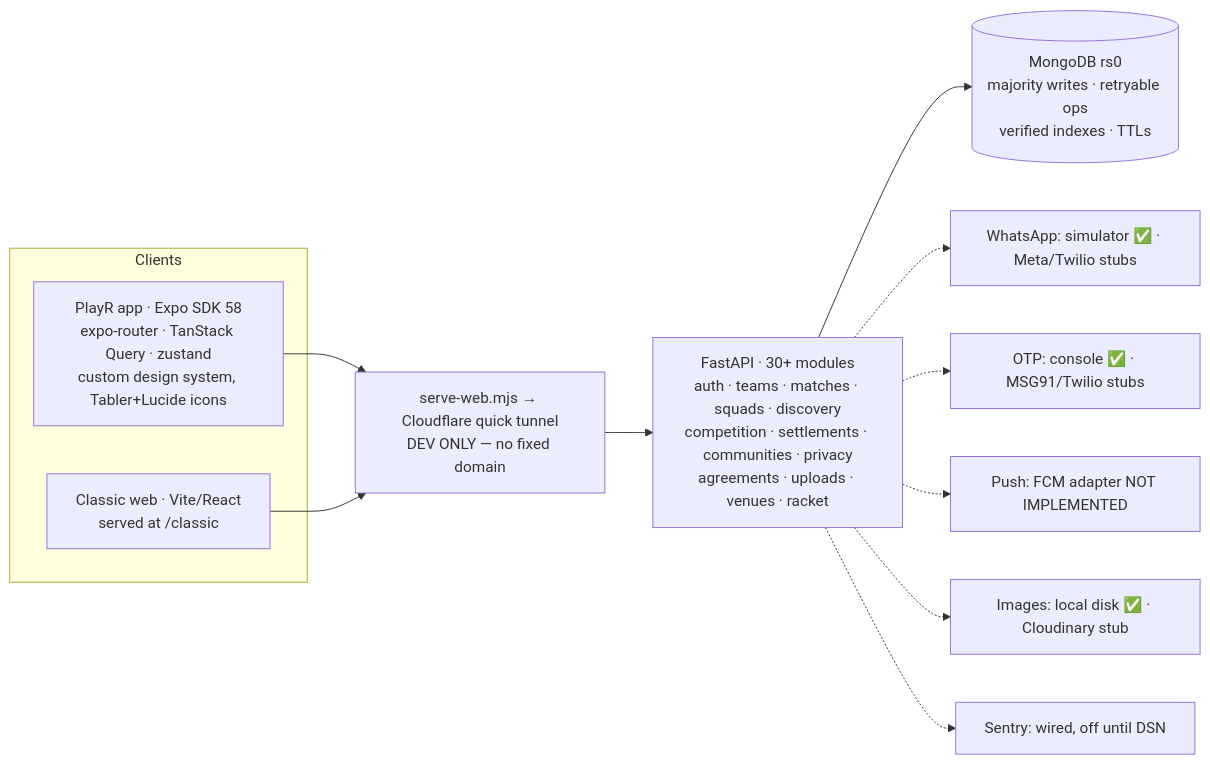
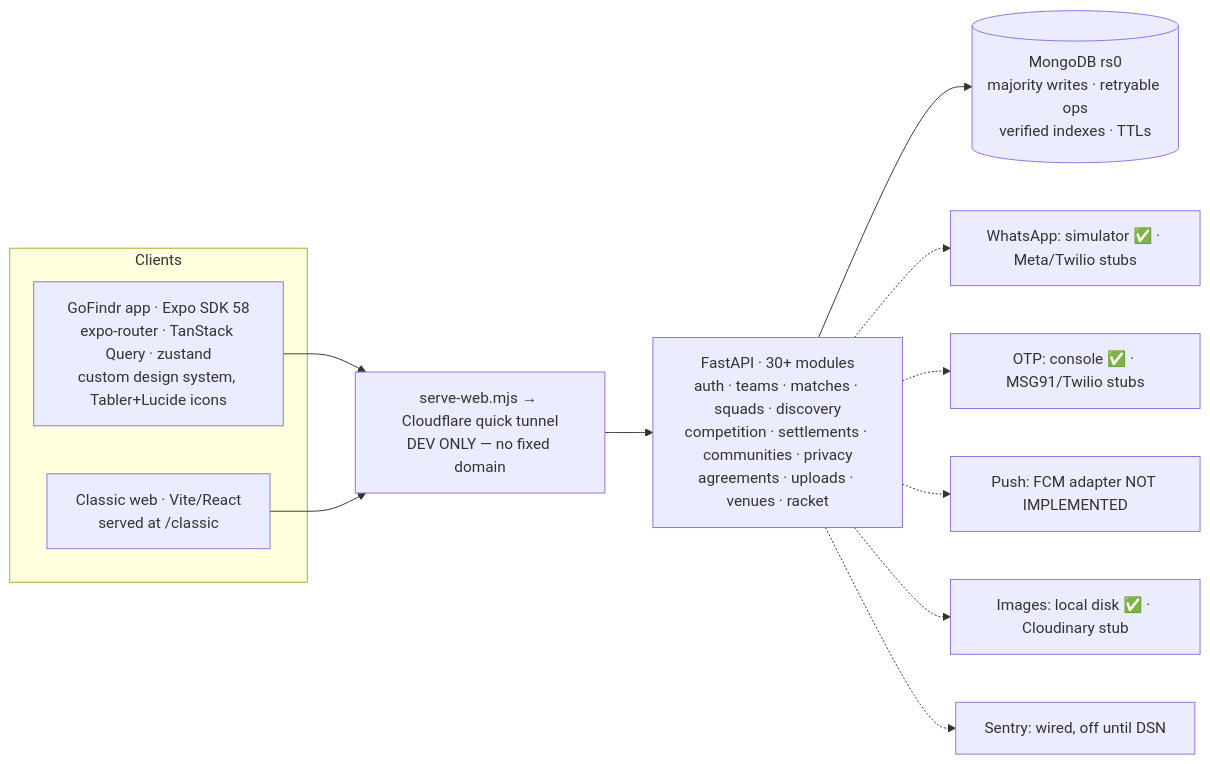
The diagram in docs/PHASE0_BASELINE.md (Cricketmarvels/oneshort), drawn with Mermaid before and after one commit. The commit also changed other lines of this file and 132 other files, not shown here.

````diff
--- a/docs/PHASE0_BASELINE.md
+++ b/docs/PHASE0_BASELINE.md
@@ -8,15 +8,15 @@
 ```mermaid
 flowchart LR
   subgraph Clients
-    M[PlayR app · Expo SDK 58<br/>expo-router · TanStack Query · zustand<br/>custom design system, Tabler+Lucide icons]
+    M[GoFindr app · Expo SDK 58<br/>expo-router · TanStack Query · zustand<br/>custom design system, Tabler+Lucide icons]
     W[Classic web · Vite/React<br/>served at /classic]
   end
   M & W --> G[serve-web.mjs → Cloudflare quick tunnel<br/>DEV ONLY — no fixed domain]
   G --> API[FastAPI · 30+ modules<br/>auth · teams · matches · squads · discovery<br/>competition · settlements · communities · privacy<br/>agreements · uploads · venues · racket]
   API --> DB[(MongoDB rs0<br/>majority writes · retryable ops<br/>verified indexes · TTLs)]
   API -.-> WA[WhatsApp: simulator ✅ · Meta/Twilio stubs]
   API -.-> SMS[OTP: console ✅ · MSG91/Twilio stubs]
   API -.-> PUSH[Push: FCM adapter NOT IMPLEMENTED]
   API -.-> ST[Images: local disk ✅ · Cloudinary stub]
   API -.-> SEN[Sentry: wired, off until DSN]
 ```
````
